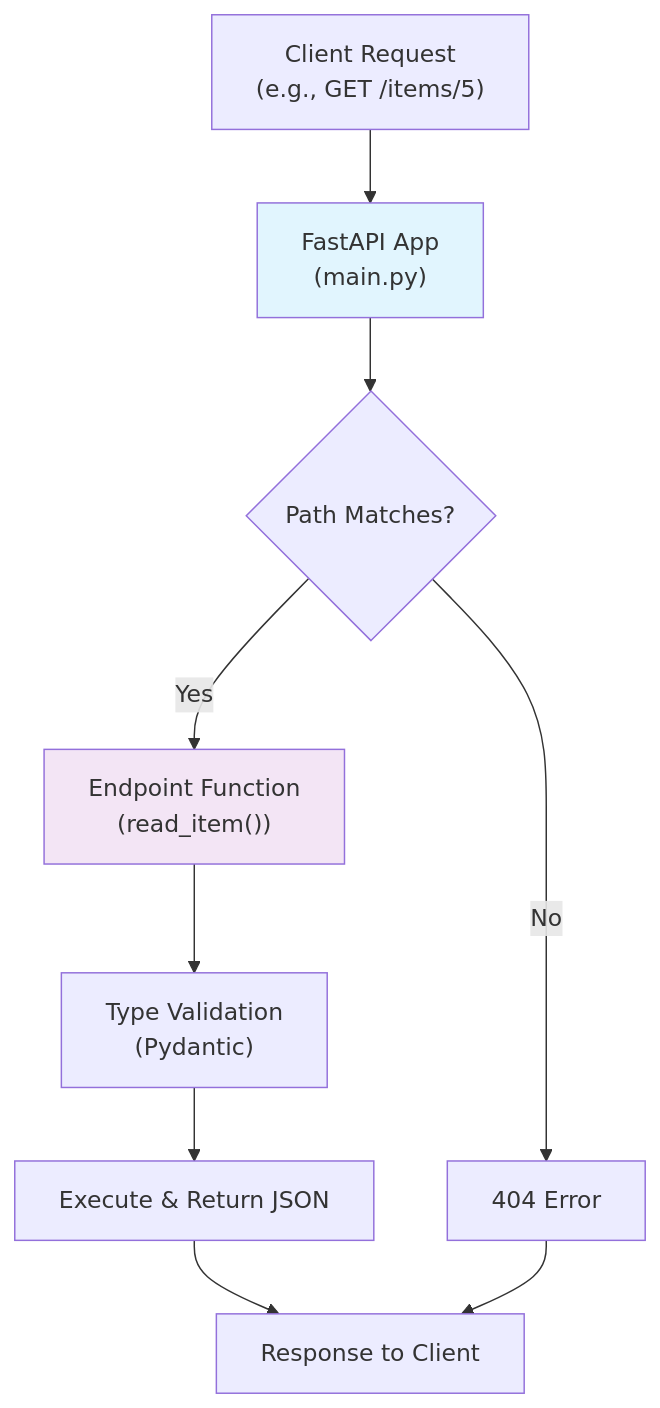
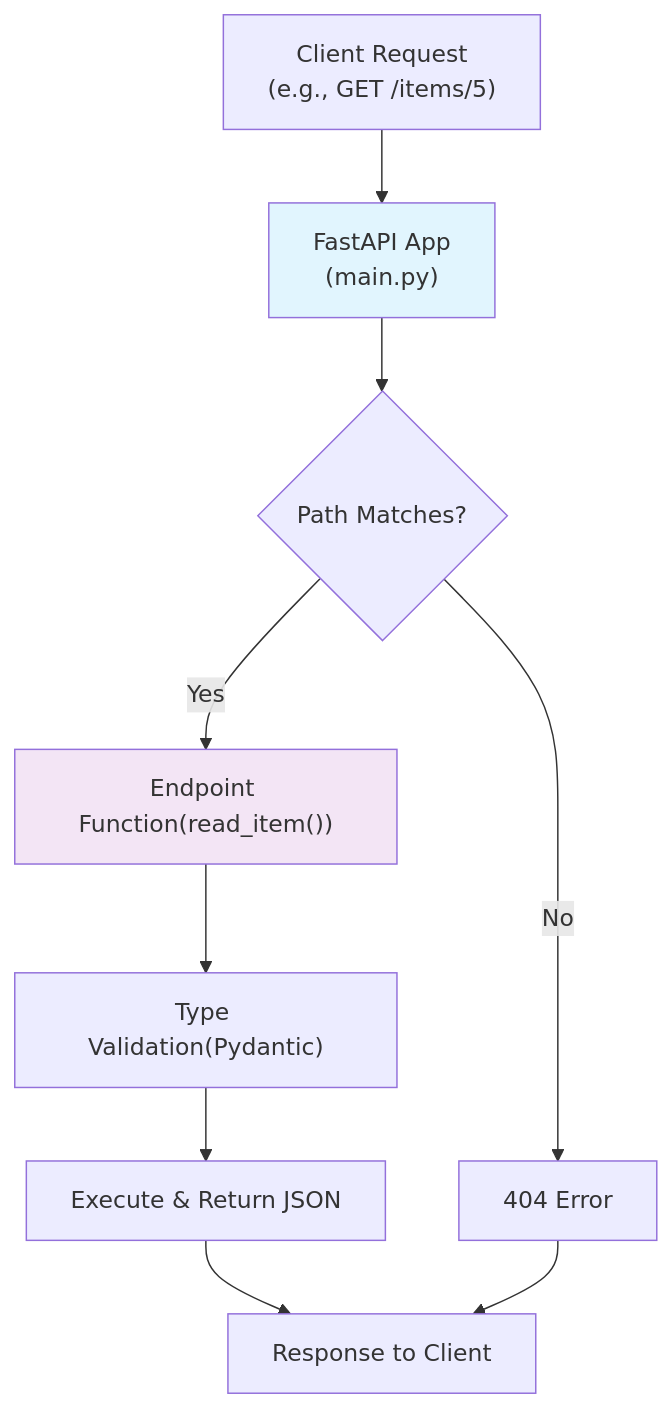
Before and after one commit to anandtopu/introduction-to-fast-api: the second of 3 diagrams in Basics/Introduction_fastapi.md, drawn with Mermaid.

Commit message:
basics of fastapi

````diff
--- a/Basics/Introduction_fastapi.md
+++ b/Basics/Introduction_fastapi.md
@@ -105,15 +105,15 @@
 ```mermaid
 flowchart TD
     A["Client Request\n(e.g., GET /items/5)"] --> B["FastAPI App\n(main.py)"]
     B --> C{Path Matches?}
-    C -->|Yes| D["Endpoint Function\n(read_item())"]
-    D --> E["Type Validation\n(Pydantic)"]
+    C -->|Yes| D["Endpoint Function(read_item())"]
+    D --> E["Type Validation(Pydantic)"]
     E --> F["Execute & Return JSON"]
     F --> G["Response to Client"]
     C -->|No| H["404 Error"]
     H --> G
 
     style B fill:#e1f5fe
     style D fill:#f3e5f5
 
 ```
````
